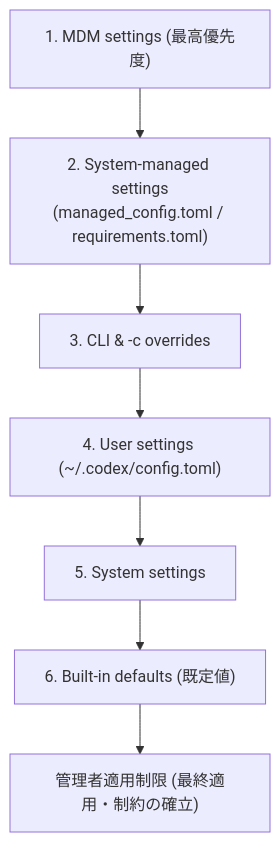
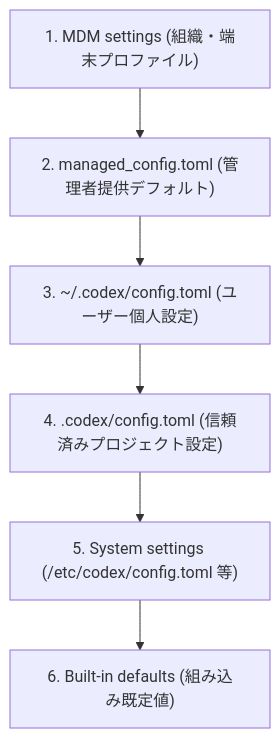
The fourth of 9 diagrams in Openai-codex-best-practices-2026.md (myoshi2891/Comparison-of-LLMs), drawn with Mermaid before and after one commit. The commit also changed other lines of this file, not shown here.

Commit message:
docs(codex): separate config layers into managed defaults and admin constraints, update MCP docs

````diff
--- a/Openai-codex-best-practices-2026.md
+++ b/Openai-codex-best-practices-2026.md
@@ -194,9 +198,8 @@
 ```mermaid
 flowchart TD
-    MDM["1. MDM settings (最高優先度)"] --> SYS_MNG["2. System-managed settings<br/>(managed_config.toml / requirements.toml)"]
-    SYS_MNG --> CLI["3. CLI & -c overrides"]
-    CLI --> USER["4. User settings (~/.codex/config.toml)"]
-    USER --> SYS["5. System settings"]
-    SYS --> DEF["6. Built-in defaults (既定値)"]
-    DEF --> ADMIN["管理者適用制限 (最終適用・制約の確立)"]
+    MDM["1. MDM settings (組織・端末プロファイル)"] --> MNG["2. managed_config.toml (管理者提供デフォルト)"]
+    MNG --> USER["3. ~/.codex/config.toml (ユーザー個人設定)"]
+    USER --> PROJ["4. .codex/config.toml (信頼済みプロジェクト設定)"]
+    PROJ --> SYS["5. System settings (/etc/codex/config.toml 等)"]
+    SYS --> DEF["6. Built-in defaults (組み込み既定値)"]
 ```
````
